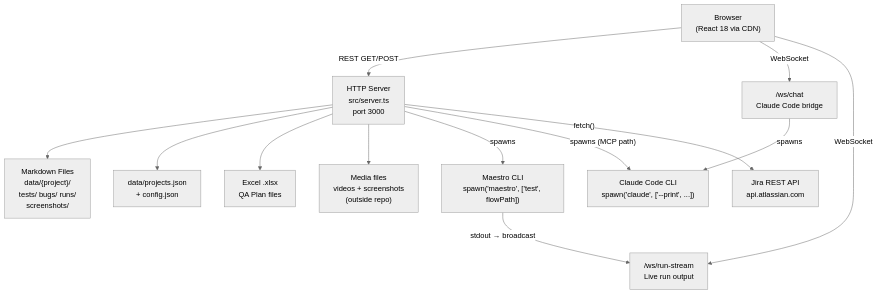
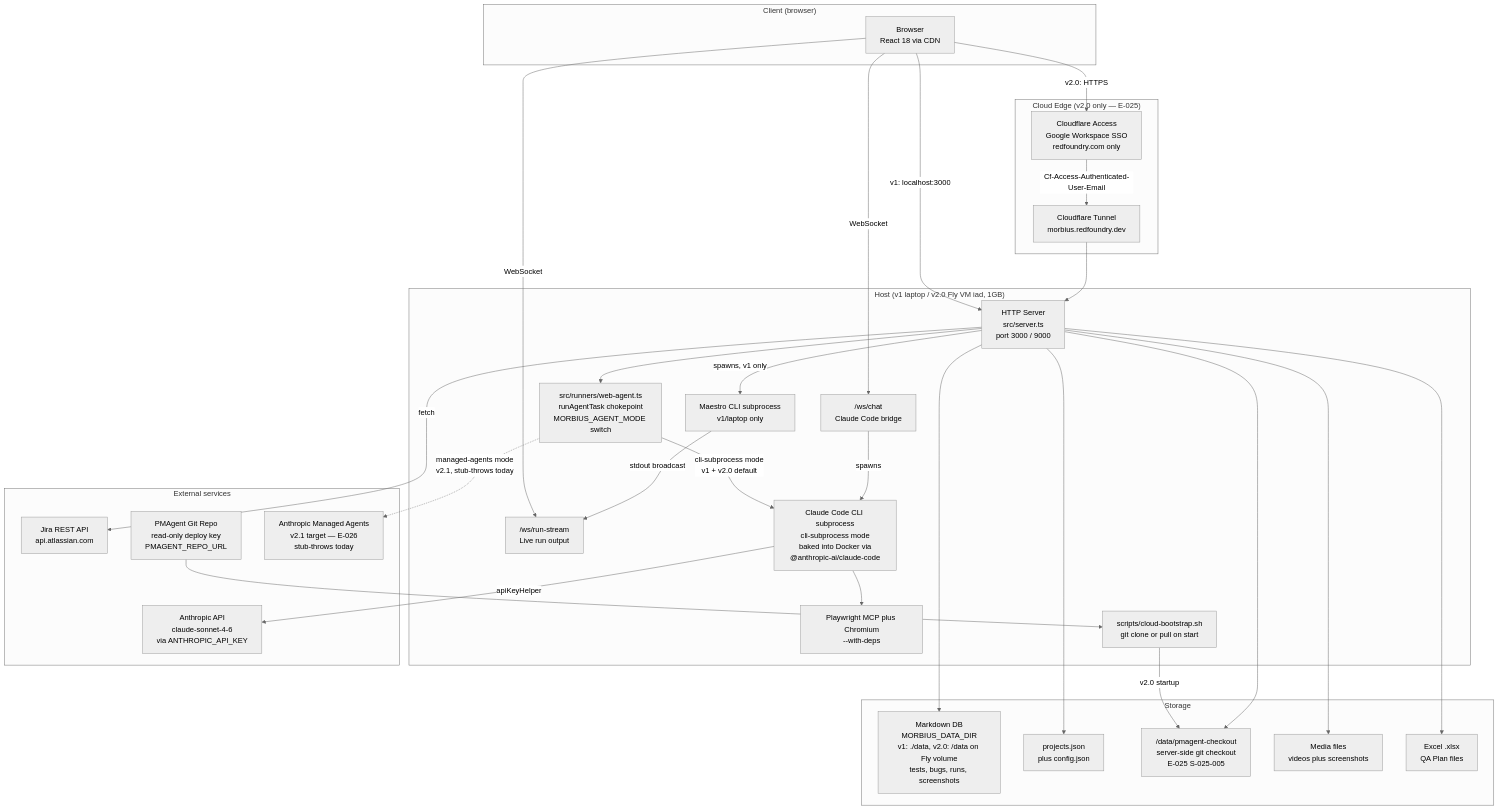
Before and after one commit to sdas788/Morbuis: the first of 2 diagrams in requirements/arch.md, drawn with Mermaid (neutral theme). The commit also changed other lines of this file and 540 other files, not shown here.

````diff
--- a/requirements/arch.md
+++ b/requirements/arch.md
@@ -28,27 +28,66 @@
 ```mermaid
 graph TD
-  Browser["Browser\n(React 18 via CDN)"]
-  HTTPServer["HTTP Server\nsrc/server.ts\nport 3000"]
-  WSChat["/ws/chat\nClaude Code bridge"]
-  WSRun["/ws/run-stream\nLive run output"]
-  MarkdownDB["Markdown Files\ndata/{project}/\ntests/ bugs/ runs/\nscreenshots/"]
-  ProjectRegistry["data/projects.json\n+ config.json"]
-  MaestroProc["Maestro CLI\nspawn('maestro', ['test', flowPath])"]
-  ClaudeProc["Claude Code CLI\nspawn('claude', ['--print', ...])"]
-  JiraAPI["Jira REST API\napi.atlassian.com"]
-  ExcelFiles["Excel .xlsx\nQA Plan files"]
-  MediaFiles["Media files\nvideos + screenshots\n(outside repo)"]
+  subgraph CLIENT["Client (browser)"]
+    Browser["Browser\nReact 18 via CDN"]
+  end
 
-  Browser -- "REST GET/POST" --> HTTPServer
+  subgraph EDGE_v2["Cloud Edge (v2.0 only — E-025)"]
+    CFAccess["Cloudflare Access\nGoogle Workspace SSO\nredfoundry.com only"]
+    CFTunnel["Cloudflare Tunnel\nmorbius.redfoundry.dev"]
+  end
+
+  subgraph HOST["Host (v1 laptop / v2.0 Fly VM iad, 1GB)"]
+    HTTPServer["HTTP Server\nsrc/server.ts\nport 3000 / 9000"]
+    WSChat["/ws/chat\nClaude Code bridge"]
+    WSRun["/ws/run-stream\nLive run output"]
+    WebRunner["src/runners/web-agent.ts\nrunAgentTask chokepoint\nMORBIUS_AGENT_MODE switch"]
+    MaestroProc["Maestro CLI subprocess\nv1/laptop only"]
+    ClaudeProc["Claude Code CLI subprocess\ncli-subprocess mode\nbaked into Docker via\n@anthropic-ai/claude-code"]
+    PWMcp["Playwright MCP plus Chromium\n--with-deps"]
+    Bootstrap["scripts/cloud-bootstrap.sh\ngit clone or pull on start"]
+  end
+
+  subgraph STORAGE["Storage"]
+    MarkdownDB["Markdown DB\nMORBIUS_DATA_DIR\nv1: ./data, v2.0: /data on Fly volume\ntests, bugs, runs, screenshots"]
+    ProjectRegistry["projects.json\nplus config.json"]
+    PMACheckout["/data/pmagent-checkout\nserver-side git checkout\nE-025 S-025-005"]
+    MediaFiles["Media files\nvideos plus screenshots"]
+    ExcelFiles["Excel .xlsx\nQA Plan files"]
+  end
+
+  subgraph EXT["External services"]
+    Anthropic["Anthropic API\nclaude-sonnet-4-6\nvia ANTHROPIC_API_KEY"]
+    JiraAPI["Jira REST API\napi.atlassian.com"]
+    PMAgentRepo["PMAgent Git Repo\nread-only deploy key\nPMAGENT_REPO_URL"]
+    ManagedAgents["Anthropic Managed Agents\nv2.1 target — E-026\nstub-throws today"]
+  end
+
+  Browser -- "v1: localhost:3000" --> HTTPServer
+  Browser -- "v2.0: HTTPS" --> CFAccess
+  CFAccess -- "Cf-Access-Authenticated-User-Email" --> CFTunnel
+  CFTunnel --> HTTPServer
+
   Browser -- "WebSocket" --> WSChat
   Browser -- "WebSocket" --> WSRun
+
   HTTPServer --> MarkdownDB
   HTTPServer --> ProjectRegistry
   HTTPServer --> ExcelFiles
   HTTPServer --> MediaFiles
+  HTTPServer --> WebRunner
+
+  WebRunner -- "cli-subprocess mode\nv1 + v2.0 default" --> ClaudeProc
+  WebRunner -. "managed-agents mode\nv2.1, stub-throws today" .-> ManagedAgents
+  ClaudeProc --> PWMcp
+  ClaudeProc -- "apiKeyHelper" --> Anthropic
+
   WSChat -- "spawns" --> ClaudeProc
-  HTTPServer -- "spawns" --> MaestroProc
-  HTTPServer -- "spawns (MCP path)" --> ClaudeProc
-  MaestroProc -- "stdout → broadcast" --> WSRun
-  HTTPServer -- "fetch()" --> JiraAPI
+  HTTPServer -- "spawns, v1 only" --> MaestroProc
+  MaestroProc -- "stdout broadcast" --> WSRun
+
+  Bootstrap -- "v2.0 startup" --> PMACheckout
+  PMAgentRepo --> Bootstrap
+  HTTPServer --> PMACheckout
+
+  HTTPServer -- "fetch" --> JiraAPI
 ```
````
